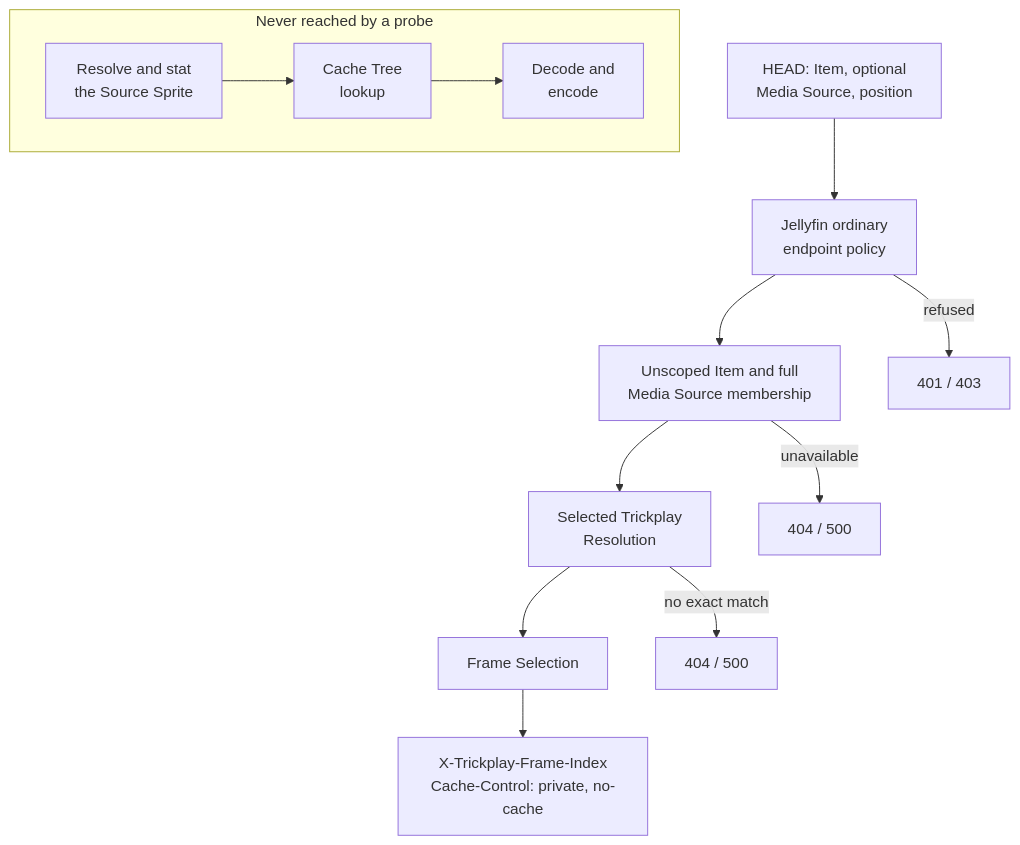
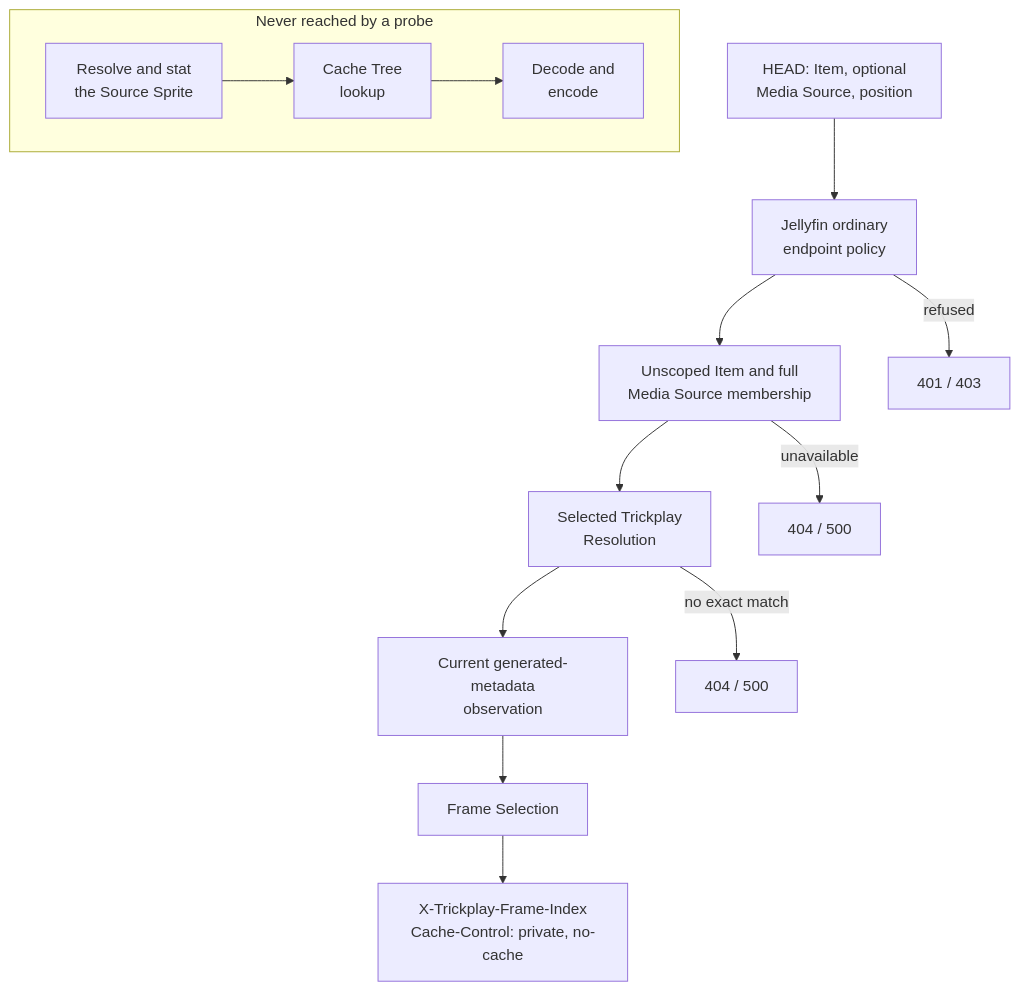
One commit to xiakeng/trickplay-cropper changed the diagram in docs/business/lifecycle/frame-probe.md. Above: the diagram before and after it, drawn with Mermaid. The commit also changed other lines of this file and 30 other files, not shown here.

````diff
--- a/docs/business/lifecycle/frame-probe.md
+++ b/docs/business/lifecycle/frame-probe.md
@@ -70,20 +77,21 @@
 ```mermaid
 flowchart TD
     In["HEAD: Item, optional<br/>Media Source, position"] --> Policy["Jellyfin ordinary<br/>endpoint policy"]
     Policy --> Source["Unscoped Item and full<br/>Media Source membership"]
     Source --> Res["Selected Trickplay<br/>Resolution"]
-    Res --> Sel["Frame Selection"]
+    Res --> Metadata["Current generated-metadata<br/>observation"]
+    Metadata --> Sel["Frame Selection"]
     Sel --> Out["X-Trickplay-Frame-Index<br/>Cache-Control: private, no-cache"]
 
     Policy -->|"refused"| FailAuth["401 / 403"]
     Source -->|"unavailable"| FailSource["404 / 500"]
     Res -->|"no exact match"| FailRes["404 / 500"]
 
     subgraph Unreachable["Never reached by a probe"]
         direction LR
         Sprite["Resolve and stat<br/>the Source Sprite"]
         Tree["Cache Tree<br/>lookup"]
         Enc["Decode and<br/>encode"]
         Sprite --> Tree --> Enc
     end
 ```
````
